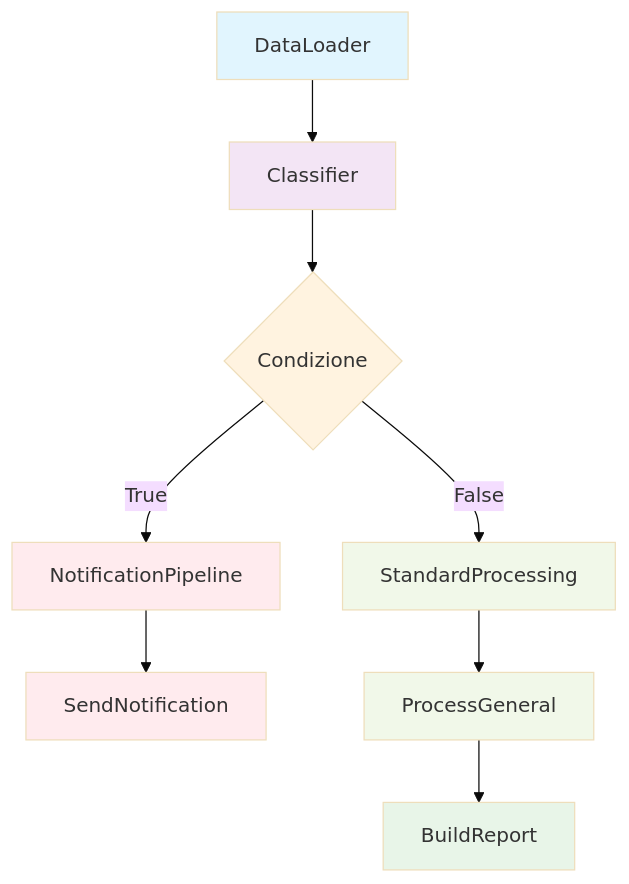
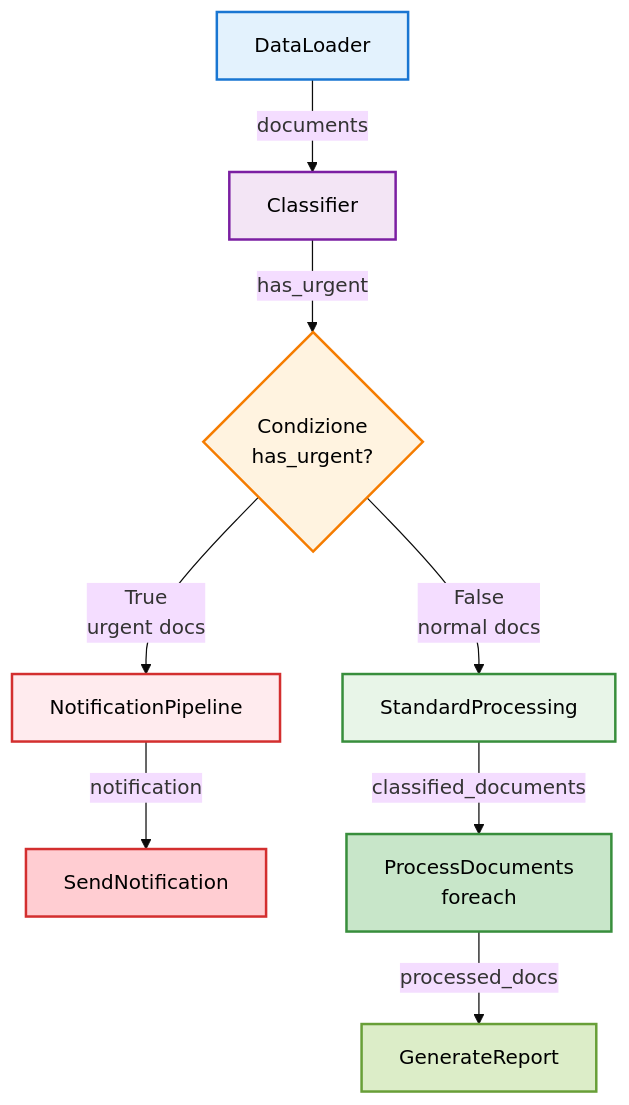
Before and after one commit to Rkomi98/Datapizza: the third of 3 diagrams in DatapizzAI/PizzAI/Pipeline/README_PIPELINE_GUIDE.md, drawn with Mermaid (base theme). The commit also changed other lines of this file and 3 other files, not shown here.

````diff
--- a/DatapizzAI/PizzAI/Pipeline/README_PIPELINE_GUIDE.md
+++ b/DatapizzAI/PizzAI/Pipeline/README_PIPELINE_GUIDE.md
@@ -205,20 +428,20 @@
 ```mermaid
 graph TD
-    A[DataLoader] --> B[Classifier]
-    B --> C{Condizione}
-    C -->|True| D[NotificationPipeline]
-    C -->|False| E[StandardProcessing]
+    A[DataLoader] -->|documents| B[Classifier]
+    B -->|has_urgent| C{Condizione<br/>has_urgent?}
+    C -->|True<br/>urgent docs| D[NotificationPipeline]
+    C -->|False<br/>normal docs| E[StandardProcessing]
     
-    D --> F[SendNotification]
-    E --> G[ProcessGeneral]
-    G --> H[BuildReport]
+    D -->|notification| F[SendNotification]
+    E -->|classified_documents| G[ProcessDocuments<br/>foreach]
+    G -->|processed_docs| H[GenerateReport]
     
-    style A fill:#e1f5fe
-    style B fill:#f3e5f5
-    style C fill:#fff3e0
-    style D fill:#ffebee
-    style E fill:#f1f8e9
-    style F fill:#ffebee
-    style G fill:#f1f8e9
-    style H fill:#e8f5e8
+    style A fill:#e3f2fd,stroke:#1976d2,stroke-width:2px,color:#000
+    style B fill:#f3e5f5,stroke:#7b1fa2,stroke-width:2px,color:#000
+    style C fill:#fff3e0,stroke:#f57c00,stroke-width:2px,color:#000
+    style D fill:#ffebee,stroke:#d32f2f,stroke-width:2px,color:#000
+    style E fill:#e8f5e8,stroke:#388e3c,stroke-width:2px,color:#000
+    style F fill:#ffcdd2,stroke:#d32f2f,stroke-width:2px,color:#000
+    style G fill:#c8e6c9,stroke:#388e3c,stroke-width:2px,color:#000
+    style H fill:#dcedc8,stroke:#689f38,stroke-width:2px,color:#000
 ```
````
